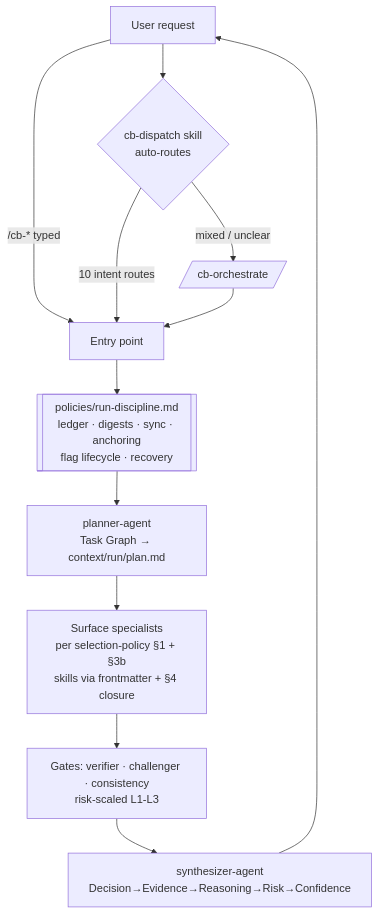
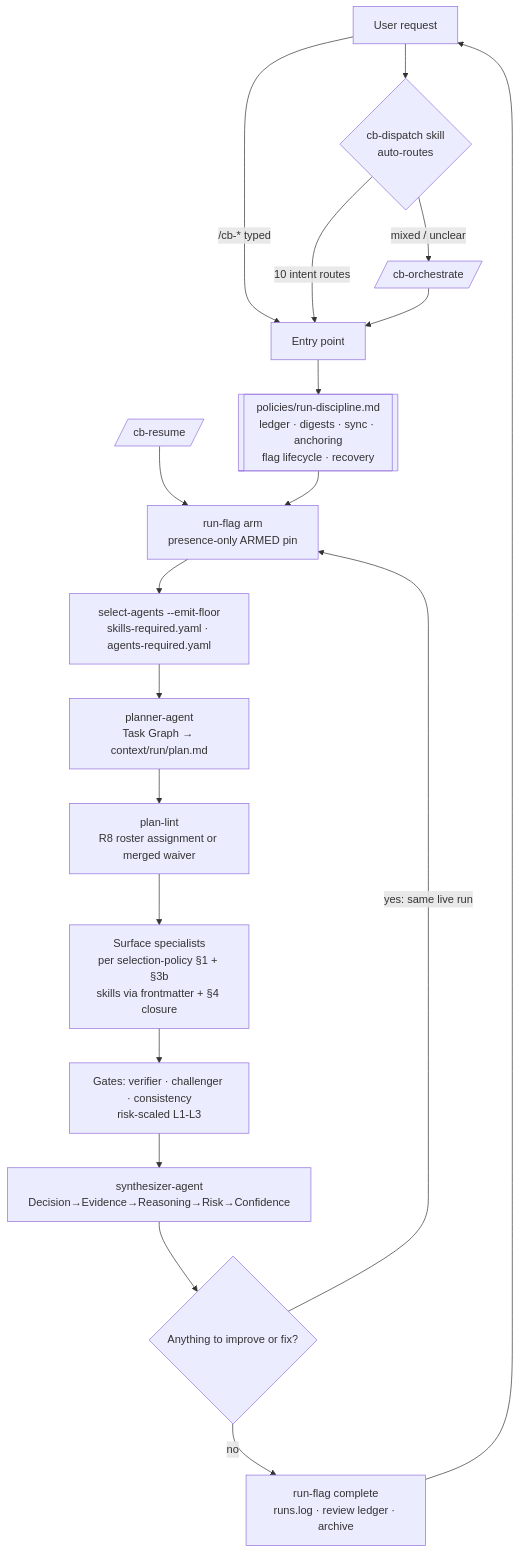
The diagram in docs/TOPOLOGY.md (isumer/cereblnk), drawn with Mermaid before and after one commit. The commit also changed other lines of this file and 186 other files, not shown here.

````diff
--- a/docs/TOPOLOGY.md
+++ b/docs/TOPOLOGY.md
@@ -11,14 +11,21 @@
 ```mermaid
 flowchart TD
     U[User request] --> D{cb-dispatch skill\nauto-routes}
     U -->|/cb-* typed| W
     D -->|10 intent routes| W[Entry point]
     D -->|mixed / unclear| O[/cb-orchestrate/]
     O --> W
+    R[/cb-resume/] --> ARM
     W --> RD[[policies/run-discipline.md\nledger · digests · sync · anchoring\nflag lifecycle · recovery]]
-    RD --> P[planner-agent\nTask Graph → context/run/plan.md]
-    P --> S[Surface specialists\nper selection-policy §1 + §3b\nskills via frontmatter + §4 closure]
+    RD --> ARM[run-flag arm\npresence-only ARMED pin]
+    ARM --> SEL[select-agents --emit-floor\nskills-required.yaml · agents-required.yaml]
+    SEL --> P[planner-agent\nTask Graph → context/run/plan.md]
+    P --> PL[plan-lint\nR8 roster assignment or merged waiver]
+    PL --> S[Surface specialists\nper selection-policy §1 + §3b\nskills via frontmatter + §4 closure]
     S --> G[Gates: verifier · challenger · consistency\nrisk-scaled L1-L3]
     G --> SY[synthesizer-agent\nDecision→Evidence→Reasoning→Risk→Confidence]
-    SY --> U
+    SY --> A{Anything to improve or fix?}
+    A -->|yes: same live run| ARM
+    A -->|no| C[run-flag complete\nruns.log · review ledger · archive]
+    C --> U
 ```
````
